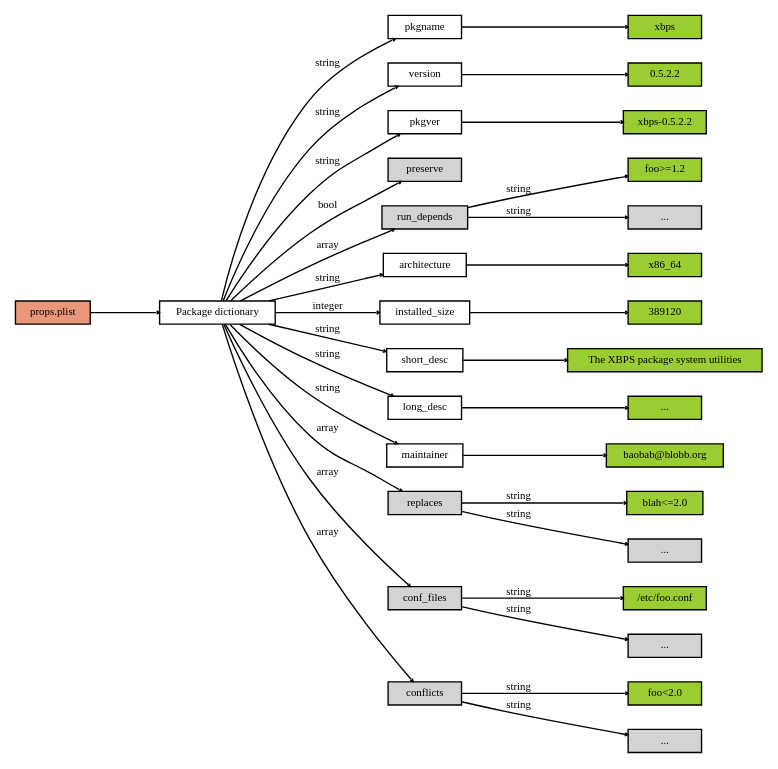
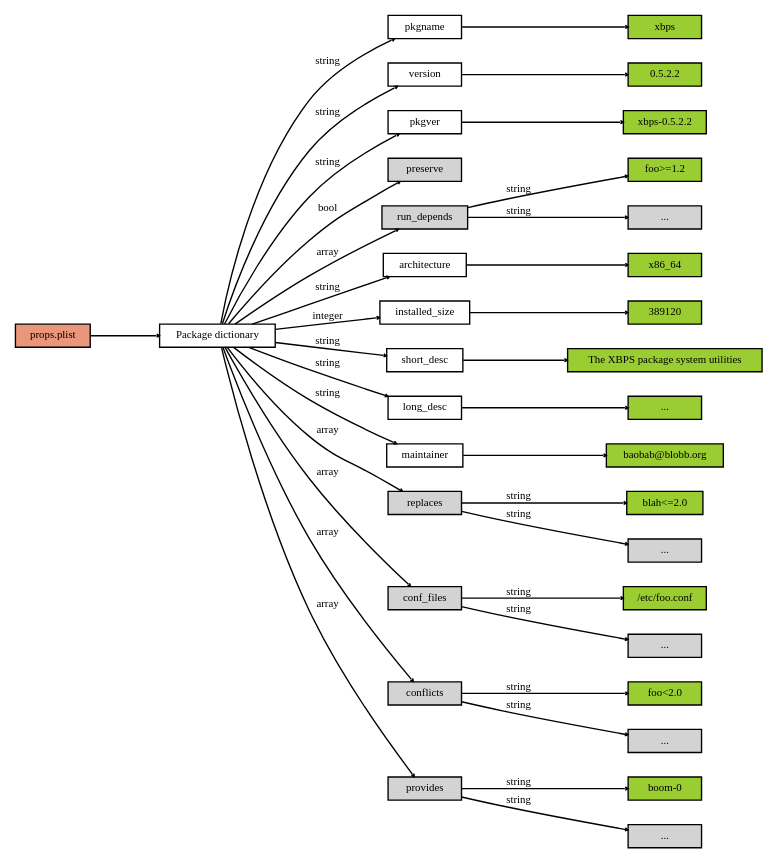
One commit to void-linux/xbps changed the diagram in doc/xbps_pkg_props_dictionary.dot. Above: the diagram before and after it, drawn with Graphviz.

Commit message:
Update the pkgprops graph to match latest code.

```diff
--- a/doc/xbps_pkg_props_dictionary.dot
+++ b/doc/xbps_pkg_props_dictionary.dot
@@ -1,59 +1,65 @@
 digraph pkg_props_dictionary {
 	graph [rankdir=LR,ranksep="0.7"];
 	edge [arrowhead="vee",arrowsize="0.2",fontname="DejaVuSansCondensed",fontsize="8"];
 	node [height=".1",shape=box,fontname="DejaVuSansCondensed",fontsize="8"];
 	props_plist -> main;
 	props_plist [style=filled,fillcolor="darksalmon",label="props.plist"];
 	main [label="Package dictionary"];
 	main -> pkgname [label="string"];
 	pkgname -> pkgname_value;
 	pkgname_value [style=filled,fillcolor="yellowgreen",label="xbps"];
 	main -> version [label="string"];
 	version -> version_value;
 	version_value [style=filled,fillcolor="yellowgreen",label="0.5.2.2"];
 	main -> pkgver [label="string"];
 	pkgver -> pkgver_value;
 	pkgver_value [style=filled,fillcolor="yellowgreen",label="xbps-0.5.2.2"];
 	main -> preserve [style=filled,label="bool"];
 	preserve [style=filled];
 	main -> run_depends [label="array"];
 	run_depends [style=filled];
 	run_depends -> rundep1_string [label="string"];
 	run_depends -> rundep2_string [label="string"];
 	rundep1_string [style=filled,fillcolor="yellowgreen",label="foo>=1.2"];
 	rundep2_string [style=filled,label="..."];
 	main -> architecture [label="string"];
 	architecture -> arch_value;
 	arch_value [style=filled,fillcolor="yellowgreen",label="x86_64"];
 	main -> instsize [label="integer"];
 	instsize -> instsize_value;
 	instsize_value [style=filled,fillcolor="yellowgreen",label="389120"];
 	instsize [label="installed_size"];
 	main -> short_desc [label="string"]
 	short_desc -> shortdesc_val;
 	shortdesc_val [style=filled,fillcolor="yellowgreen",label="The XBPS package system utilities"];
 	main -> long_desc [label="string"];
 	long_desc -> longdesc_val;
 	longdesc_val [style=filled,fillcolor="yellowgreen",label="..."];
 	main -> maintainer [label="string"];
 	maintainer -> maintainer_val;
 	maintainer_val [style=filled,fillcolor="yellowgreen",label="baobab@blobb.org"];
 	main -> replaces [label="array"];
 	replaces [style=filled];
 	replaces -> replace1_string [label="string"];
 	replaces -> replace2_string [label="string"];
 	replace1_string [style=filled,fillcolor="yellowgreen",label="blah<=2.0"];
 	replace2_string [style=filled,label="..."];
 	main -> conf_files [label="array"];
 	conf_files [style=filled];
 	conf_files -> cffile1 [style=filled,label="string"];
 	conf_files -> cffile2 [style=filled,label="string"];
 	cffile1 [style=filled,fillcolor="yellowgreen",label="/etc/foo.conf"];
 	cffile2 [style=filled,label="..."];
 	main -> conflicts [label="array"];
 	conflicts [style=filled];
 	conflicts -> conflict1 [style=filled,label="string"];
 	conflicts -> conflict2 [style=filled,label="string"];
 	conflict1 [style=filled,fillcolor="yellowgreen",label="foo<2.0"];
 	conflict2 [style=filled,label="..."];
+	main -> provides [label="array"];
+	provides [style=filled];
+	provides -> provides1 [style=filled,label="string"];
+	provides -> provides2 [style=filled,label="string"];
+	provides1 [style=filled,fillcolor="yellowgreen",label="boom-0"];
+	provides2 [style=filled,label="..."];
 }
```
